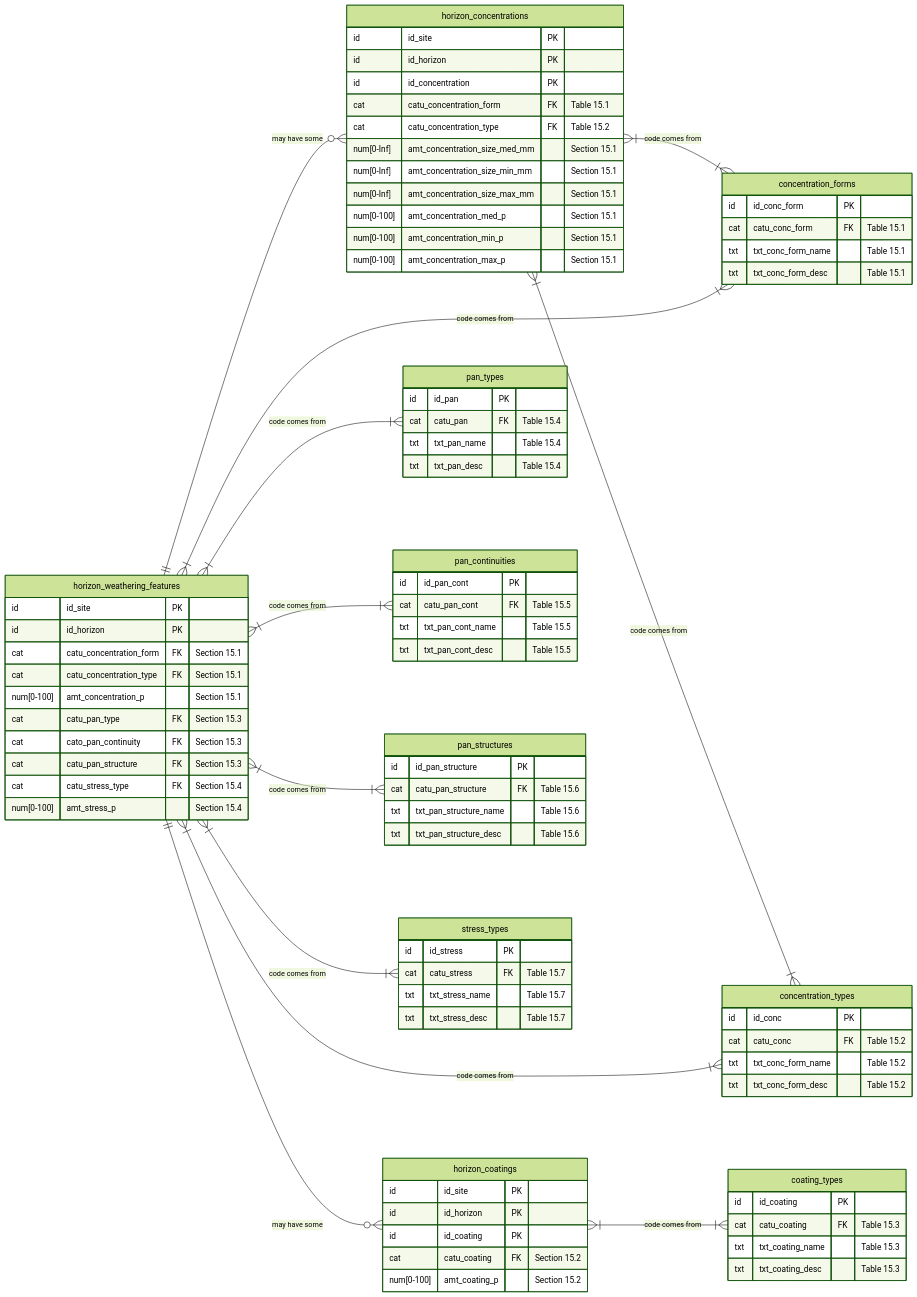
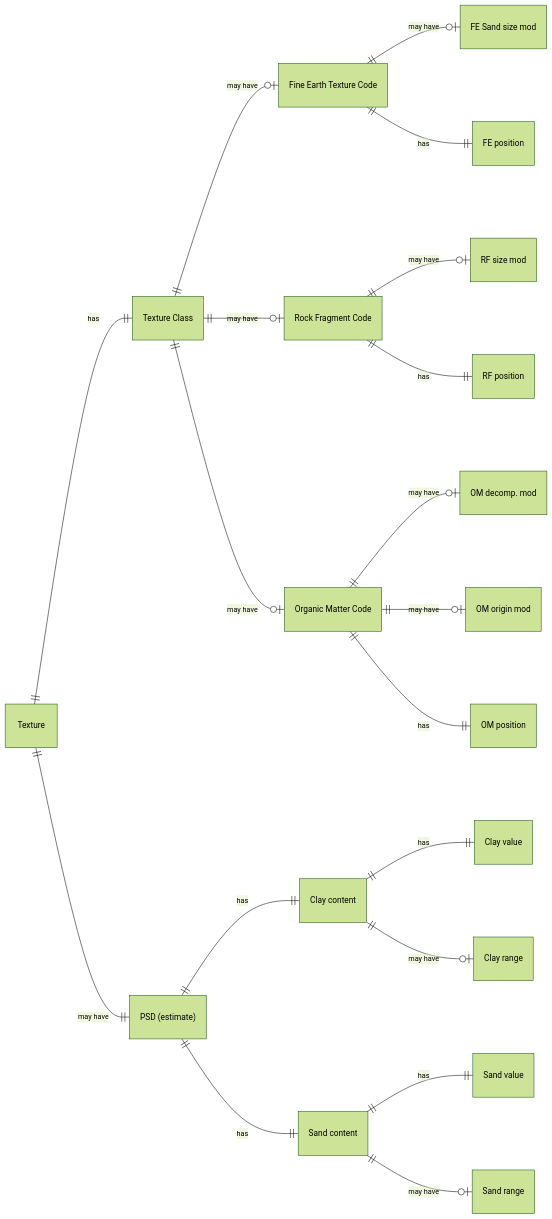
Before and after one commit to manaakiwhenua/NZ_soildesc_2024: diagram 15 of 19 in ap_data_model.qmd, drawn with Mermaid (forest theme). The commit also changed other lines of this file, not shown here.

First line of the commit message:
Update ap_data_model.qmd

````diff
--- a/ap_data_model.qmd
+++ b/ap_data_model.qmd
@@ -1495,112 +543,26 @@
 ```{mermaid}
-%%| label: fig-mhorsecd
-%%| fig-cap: "Horizon secondary features - Details"
+%%| label: fig-erd-hzn-tex
+%%| fig-cap: "Horizons - Texture class"
 
 erDiagram
   direction LR
-  horizon_weathering_features ||--o{ "horizon_concentrations" : "may have some"
-  horizon_concentrations }|--|{ concentration_forms : "code comes from"
-  horizon_concentrations }|--|{ concentration_types : "code comes from"
-  horizon_weathering_features ||--o{ "horizon_coatings" : "may have some"
-  horizon_coatings }|--|{ coating_types : "code comes from"
-  horizon_weathering_features }|--|{ concentration_forms : "code comes from"
-  horizon_weathering_features }|--|{ concentration_types : "code comes from"
-  horizon_weathering_features }|--|{ pan_types : "code comes from"
-  horizon_weathering_features }|--|{ pan_continuities : "code comes from"
-  horizon_weathering_features }|--|{ pan_structures : "code comes from"
-  horizon_weathering_features }|--|{ stress_types : "code comes from"
-  
-  %% data %%
-  horizon_weathering_features {
-    id          id_site PK
-    id          id_horizon PK
-    %% concentrations_rapid %%  
-    cat         catu_concentration_form FK       "Section 15.1"
-    cat         catu_concentration_type FK       "Section 15.1"
-    num[0-100]  amt_concentration_p              "Section 15.1"
-    %% coatings rapid still has to go in a subtable, see below %%
-    %% rapid pans (you can only have one) %%
-    cat         catu_pan_type FK                 "Section 15.3"
-    %% add this stuff for routine %%
-    cat         cato_pan_continuity  FK          "Section 15.3"
-    cat         catu_pan_structure FK            "Section 15.3"
-    %% stress features (NB you get one or the other because Physics) %%
-    cat         catu_stress_type FK              "Section 15.4"
-    num[0-100]  amt_stress_p                     "Section 15.4"
-  }
-   
-  %% data %%
-  horizon_concentrations {
-    id          id_site PK
-    id          id_horizon PK
-    id          id_concentration PK
-    cat         catu_concentration_form FK       "Table 15.1"
-    cat         catu_concentration_type FK       "Table 15.2"
-    num[0-Inf]  amt_concentration_size_med_mm    "Section 15.1"
-    num[0-Inf]  amt_concentration_size_min_mm    "Section 15.1"
-    num[0-Inf]  amt_concentration_size_max_mm    "Section 15.1"
-    num[0-100]  amt_concentration_med_p          "Section 15.1"
-    num[0-100]  amt_concentration_min_p          "Section 15.1"
-    num[0-100]  amt_concentration_max_p          "Section 15.1"
-  } 
-
-  concentration_forms {
-    id          id_conc_form PK
-    cat         catu_conc_form FK    "Table 15.1"
-    txt         txt_conc_form_name   "Table 15.1"
-    txt         txt_conc_form_desc   "Table 15.1"
-  }
-
-  concentration_types {
-    id          id_conc PK
-    cat         catu_conc FK         "Table 15.2"
-    txt         txt_conc_form_name   "Table 15.2"
-    txt         txt_conc_form_desc   "Table 15.2"
-  }
-
-  %% data %%
-  horizon_coatings {
-    id          id_site PK
-    id          id_horizon PK
-    id          id_coating PK
-    cat         catu_coating FK           "Section 15.2"
-    num[0-100]  amt_coating_p             "Section 15.2"
-  } 
-
-  coating_types {
-    id          id_coating PK
-    cat         catu_coating FK         "Table 15.3"
-    txt         txt_coating_name        "Table 15.3"
-    txt         txt_coating_desc        "Table 15.3"
-  }
-
-
-  pan_types {
-    id          id_pan PK
-    cat         catu_pan FK         "Table 15.4"
-    txt         txt_pan_name        "Table 15.4"
-    txt         txt_pan_desc        "Table 15.4"
-  }
-
-  pan_continuities {
-    id          id_pan_cont PK
-    cat         catu_pan_cont FK    "Table 15.5"
-    txt         txt_pan_cont_name   "Table 15.5"
-    txt         txt_pan_cont_desc   "Table 15.5"
-  }
-
-  pan_structures {
-    id          id_pan_structure PK
-    cat         catu_pan_structure FK  "Table 15.6"
-    txt         txt_pan_structure_name "Table 15.6"
-    txt         txt_pan_structure_desc "Table 15.6"
-  }
-  
-  stress_types {
-    id          id_stress PK
-    cat         catu_stress FK          "Table 15.7"
-    txt         txt_stress_name         "Table 15.7"
-    txt         txt_stress_desc         "Table 15.7"
-  }
-
+  Texture ||--|| "Texture Class" : "has"
+    "Texture Class" ||--o| "Fine Earth Texture Code" : "may have"
+      "Fine Earth Texture Code" ||--o| "FE Sand size mod" : "may have"  
+      %% main , major or minor component:
+      "Fine Earth Texture Code" ||--|| "FE position" : "has"   
+    "Texture Class" ||--o| "Rock Fragment Code" : "may have"
+      "Rock Fragment Code" ||--o| "RF size mod" : "may have"   
+      "Rock Fragment Code" ||--|| "RF position" : "has"  
+    "Texture Class" ||--o| "Organic Matter Code" : "may have"
+      "Organic Matter Code" ||--o| "OM decomp. mod" : "may have"   
+      "Organic Matter Code" ||--o| "OM origin mod" : "may have" 
+      "Organic Matter Code" ||--|| "OM position" : "has"  
+   Texture ||--|| "PSD (estimate)" : "may have"
+     "PSD (estimate)" ||--|| "Clay content" : "has"
+       "Clay content" ||--|| "Clay value" : "has"
+       "Clay content" ||--o| "Clay range" : "may have"
+     "PSD (estimate)" ||--|| "Sand content" : "has"
+       "Sand content" ||--|| "Sand value" : "has"
+       "Sand content" ||--o| "Sand range" : "may have"   
 ```
````
